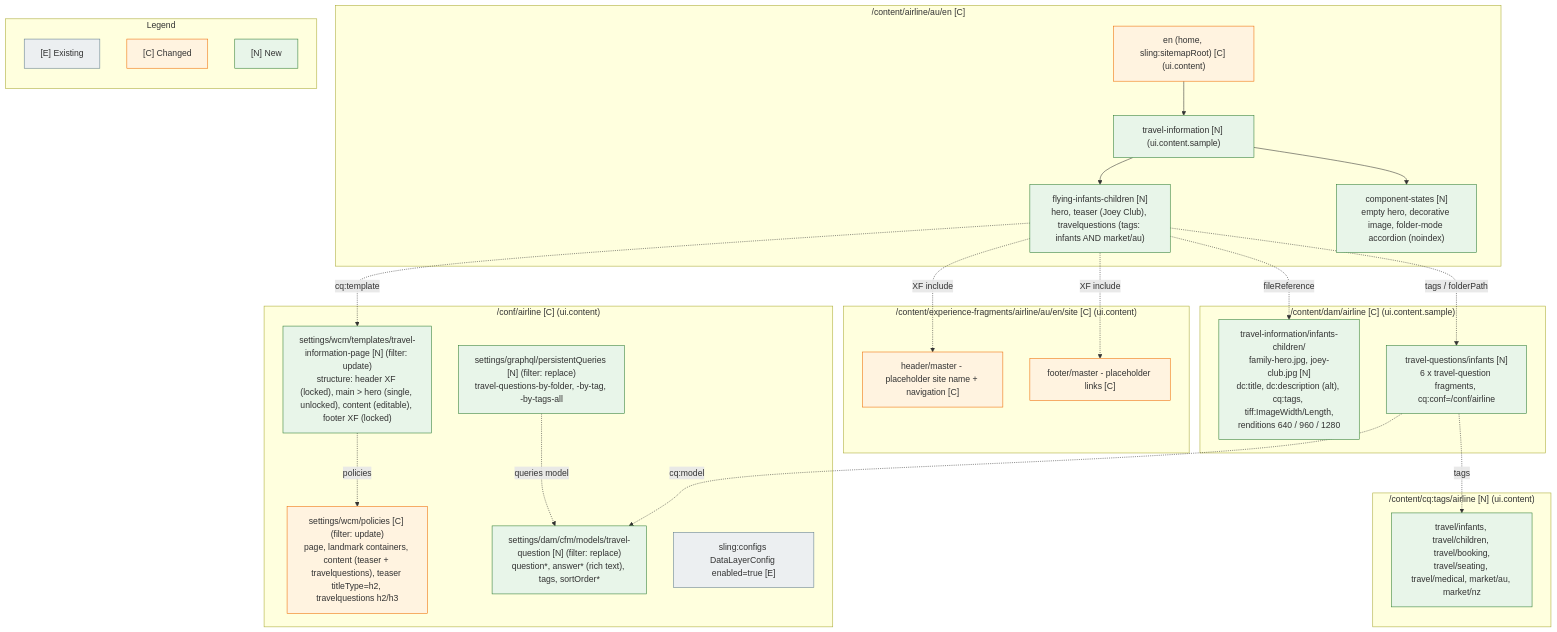
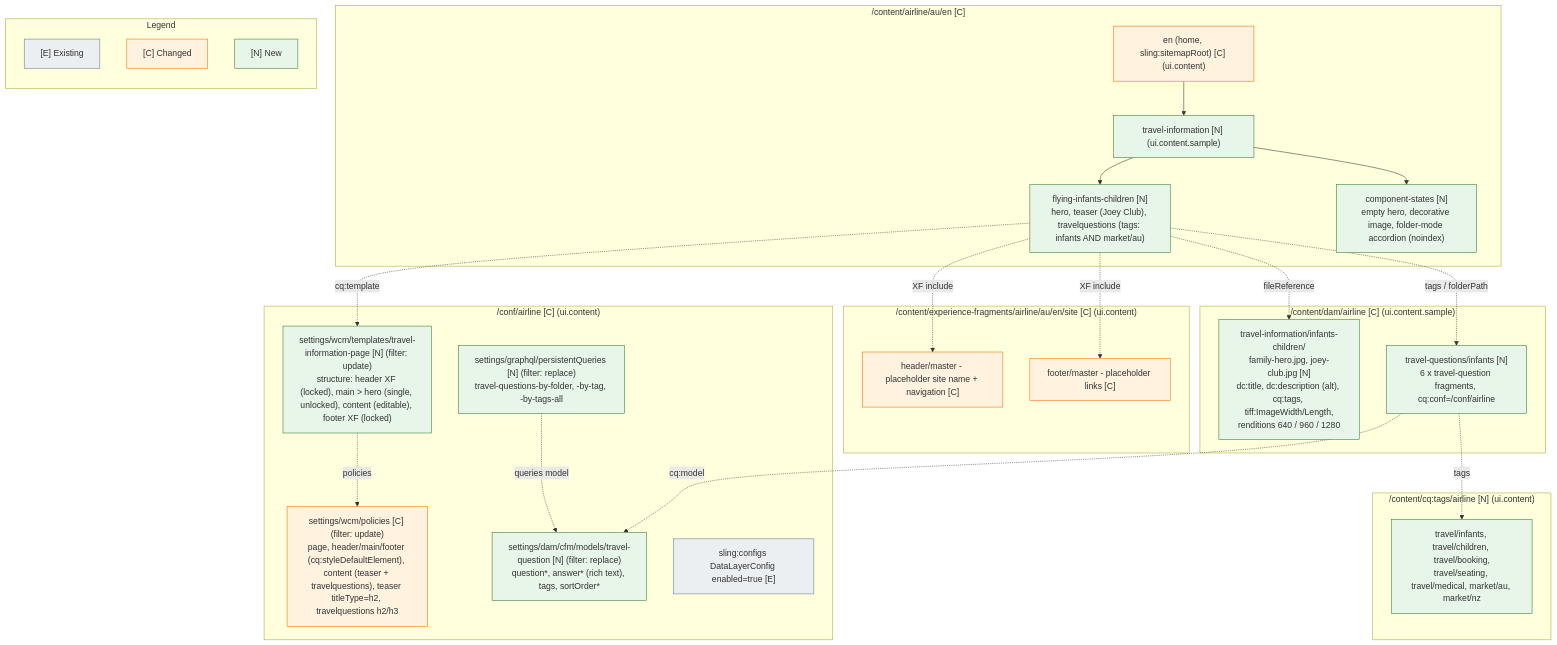
One commit to herculiank2-prime/airline-infants-children changed the diagram in docs/diagrams/content-structure.mmd. Above: the diagram before and after it, drawn with Mermaid. The commit also changed 178 other files, not shown here.

First line of the commit message:
Foundation: travel information template, policies, cache headers filter, Dispatcher allow-list, sample content package

```diff
--- a/docs/diagrams/content-structure.mmd
+++ b/docs/diagrams/content-structure.mmd
@@ -1,51 +1,51 @@
 %% SD-07 JCR content structure. Impact coding: [N] new, [C] changed, [E] existing. Package in brackets.
 flowchart TB
     subgraph conf["/conf/airline [C] (ui.content)"]
         tpl["settings/wcm/templates/travel-information-page [N] (filter: update)<br/>structure: header XF (locked), main > hero (single, unlocked), content (editable), footer XF (locked)"]
-        pol["settings/wcm/policies [C] (filter: update)<br/>page, landmark containers, content (teaser + travelquestions), teaser titleType=h2, travelquestions h2/h3"]
+        pol["settings/wcm/policies [C] (filter: update)<br/>page, header/main/footer (cq:styleDefaultElement), content (teaser + travelquestions), teaser titleType=h2, travelquestions h2/h3"]
         cfm["settings/dam/cfm/models/travel-question [N] (filter: replace)<br/>question*, answer* (rich text), tags, sortOrder*"]
         pq["settings/graphql/persistentQueries [N] (filter: replace)<br/>travel-questions-by-folder, -by-tag, -by-tags-all"]
         ca["sling:configs DataLayerConfig enabled=true [E]"]
     end
     subgraph content["/content/airline/au/en [C]"]
         home["en (home, sling:sitemapRoot) [C] (ui.content)"]
         ti["travel-information [N] (ui.content.sample)"]
         page["flying-infants-children [N]<br/>hero, teaser (Joey Club), travelquestions (tags: infants AND market/au)"]
         states["component-states [N]<br/>empty hero, decorative image, folder-mode accordion (noindex)"]
     end
     subgraph xf["/content/experience-fragments/airline/au/en/site [C] (ui.content)"]
         hdr["header/master - placeholder site name + navigation [C]"]
         ftr["footer/master - placeholder links [C]"]
     end
     subgraph dam["/content/dam/airline [C] (ui.content.sample)"]
         img["travel-information/infants-children/<br/>family-hero.jpg, joey-club.jpg [N]<br/>dc:title, dc:description (alt), cq:tags, tiff:ImageWidth/Length,<br/>renditions 640 / 960 / 1280"]
         tq["travel-questions/infants [N]<br/>6 x travel-question fragments, cq:conf=/conf/airline"]
     end
     subgraph tags["/content/cq:tags/airline [N] (ui.content)"]
         t1["travel/infants, travel/children, travel/booking,<br/>travel/seating, travel/medical, market/au, market/nz"]
     end
     home --> ti --> page
     ti --> states
     page -. cq:template .-> tpl
     tpl -. policies .-> pol
     page -. XF include .-> hdr
     page -. XF include .-> ftr
     page -. fileReference .-> img
     page -. tags / folderPath .-> tq
     tq -. cq:model .-> cfm
     tq -. tags .-> t1
     pq -. queries model .-> cfm
 
     subgraph legend["Legend"]
         direction TB
         lE["[E] Existing"]:::existing
         lC["[C] Changed"]:::changed
         lN["[N] New"]:::new
     end
 
     classDef existing fill:#eceff1,stroke:#607d8b
     classDef changed fill:#fff3e0,stroke:#ef6c00
     classDef new fill:#e8f5e9,stroke:#2e7d32
     class ca existing
     class home,hdr,ftr,pol changed
     class tpl,cfm,pq,ti,page,states,img,tq,t1 new
```
